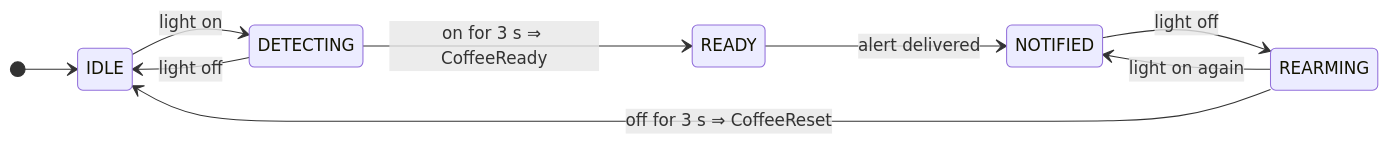
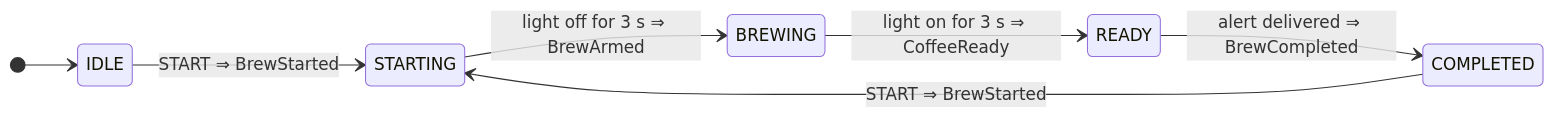
One commit to Amad3eu/coffeereadyindicator changed the second of 2 diagrams in README.md. Above: the diagram before and after it, drawn with Mermaid. The commit also changed other lines of this file and 80 other files, not shown here.

First line of the commit message:
feat: brew sessions opened by a START button (green light alone is not coffee) (#6)

````diff
--- a/README.md
+++ b/README.md
@@ -163,12 +189,10 @@
 ```mermaid
 stateDiagram-v2
     direction LR
     [*] --> IDLE
-    IDLE --> DETECTING: light on
-    DETECTING --> IDLE: light off
-    DETECTING --> READY: on for 3 s ⇒ CoffeeReady
-    READY --> NOTIFIED: alert delivered
-    NOTIFIED --> REARMING: light off
-    REARMING --> NOTIFIED: light on again
-    REARMING --> IDLE: off for 3 s ⇒ CoffeeReset
+    IDLE --> STARTING: START ⇒ BrewStarted
+    STARTING --> BREWING: light off for 3 s ⇒ BrewArmed
+    BREWING --> READY: light on for 3 s ⇒ CoffeeReady
+    READY --> COMPLETED: alert delivered ⇒ BrewCompleted
+    COMPLETED --> STARTING: START ⇒ BrewStarted
 ```
````
